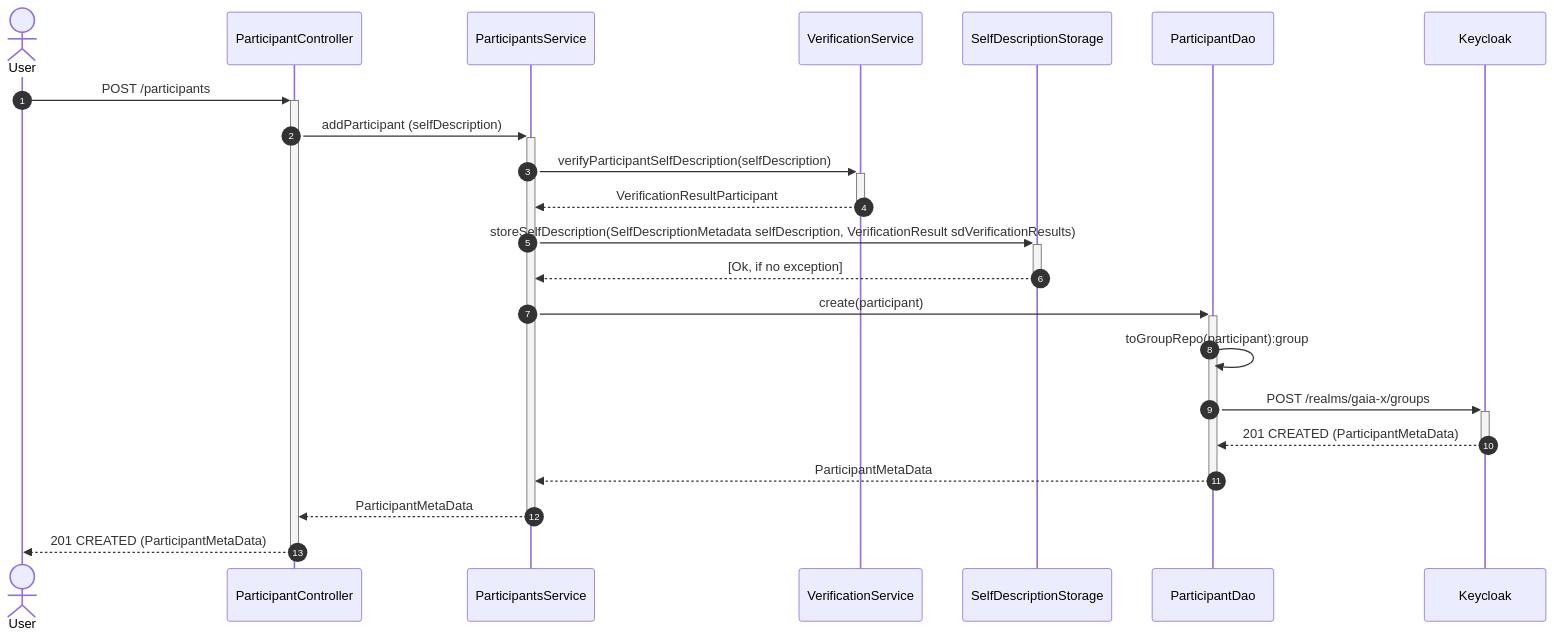
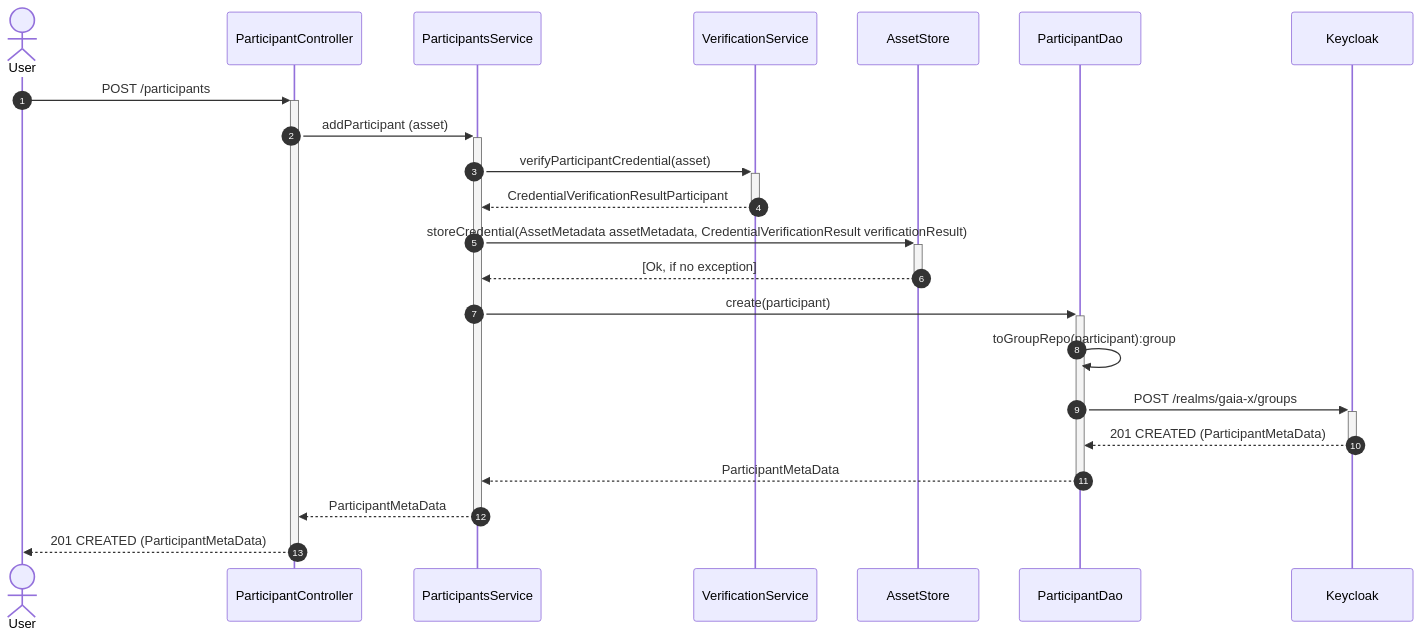
The fifth of 34 diagrams in federated-catalogue/src/docs/architecture/chapters/06_runtime_view.adoc (federated-catalogue-enhancements-2026/docs), drawn with Mermaid before and after one commit. The commit also changed other lines of this file and 11 other files, not shown here.

```diff
--- a/federated-catalogue/src/docs/architecture/chapters/06_runtime_view.adoc
+++ b/federated-catalogue/src/docs/architecture/chapters/06_runtime_view.adoc
@@ -164,26 +164,26 @@
 [mermaid, width=2000]
 ....
 sequenceDiagram
     autonumber
     actor User
     participant ParticipantController
     participant ParticipantsService
     participant VerificationService
-    participant SDStore as SelfDescriptionStorage
+    participant AssetStore as AssetStore
     participant ParticipantDao
     participant Keycloak
 
     User ->> + ParticipantController: POST /participants
-    ParticipantController ->> + ParticipantsService: addParticipant (selfDescription)
-    ParticipantsService ->> + VerificationService: verifyParticipantSelfDescription(selfDescription)
-    VerificationService -->> - ParticipantsService: VerificationResultParticipant
-    ParticipantsService ->> + SDStore: storeSelfDescription(SelfDescriptionMetadata selfDescription, VerificationResult sdVerificationResults)
-    SDStore -->> - ParticipantsService: [Ok, if no exception]
+    ParticipantController ->> + ParticipantsService: addParticipant (asset)
+    ParticipantsService ->> + VerificationService: verifyParticipantCredential(asset)
+    VerificationService -->> - ParticipantsService: CredentialVerificationResultParticipant
+    ParticipantsService ->> + AssetStore: storeCredential(AssetMetadata assetMetadata, CredentialVerificationResult verificationResult)
+    AssetStore -->> - ParticipantsService: [Ok, if no exception]
     ParticipantsService ->> + ParticipantDao: create(participant)
     ParticipantDao ->> ParticipantDao: toGroupRepo(participant):group
     ParticipantDao ->> + Keycloak: POST /realms/gaia-x/groups
     Keycloak -->> - ParticipantDao: 201 CREATED (ParticipantMetaData)
     ParticipantDao -->> - ParticipantsService: ParticipantMetaData
     ParticipantsService -->> - ParticipantController: ParticipantMetaData
     ParticipantController -->> - User: 201 CREATED (ParticipantMetaData)
 ....
```
